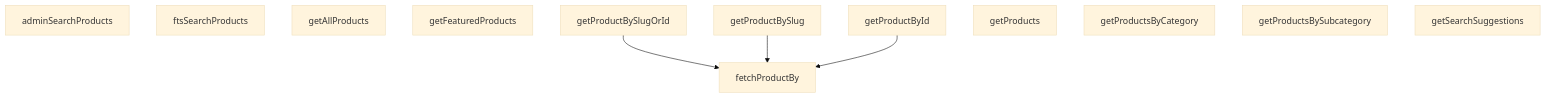
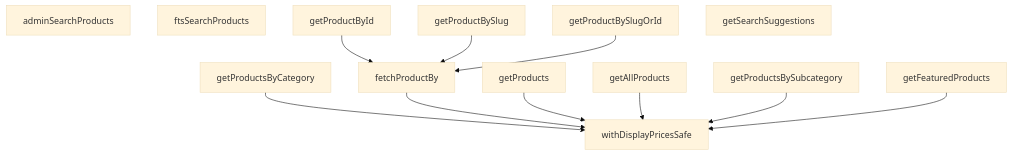
The diagram in src/lib/services/product.service.md (peckop/venthub-hvac-esite), drawn with Mermaid (base theme) before and after one commit. The commit also changed other lines of this file and 189 other files, not shown here.

````diff
--- a/src/lib/services/product.service.md
+++ b/src/lib/services/product.service.md
@@ -285,18 +228,25 @@
 ```mermaid
 graph TD
     product_service_ts__adminSearchProducts["adminSearchProducts"]
     product_service_ts__fetchProductBy["fetchProductBy"]
     product_service_ts__ftsSearchProducts["ftsSearchProducts"]
     product_service_ts__getAllProducts["getAllProducts"]
     product_service_ts__getFeaturedProducts["getFeaturedProducts"]
     product_service_ts__getProductById["getProductById"]
     product_service_ts__getProductBySlug["getProductBySlug"]
     product_service_ts__getProductBySlugOrId["getProductBySlugOrId"]
     product_service_ts__getProducts["getProducts"]
     product_service_ts__getProductsByCategory["getProductsByCategory"]
     product_service_ts__getProductsBySubcategory["getProductsBySubcategory"]
     product_service_ts__getSearchSuggestions["getSearchSuggestions"]
+    product_service_ts__withDisplayPricesSafe["withDisplayPricesSafe"]
+    product_service_ts__getProductById --> product_service_ts__fetchProductBy
+    product_service_ts__getProductsByCategory --> product_service_ts__withDisplayPricesSafe
+    product_service_ts__getProductBySlug --> product_service_ts__fetchProductBy
+    product_service_ts__fetchProductBy --> product_service_ts__withDisplayPricesSafe
+    product_service_ts__getProducts --> product_service_ts__withDisplayPricesSafe
     product_service_ts__getProductBySlugOrId --> product_service_ts__fetchProductBy
-    product_service_ts__getProductBySlug --> product_service_ts__fetchProductBy
-    product_service_ts__getProductById --> product_service_ts__fetchProductBy
+    product_service_ts__getAllProducts --> product_service_ts__withDisplayPricesSafe
+    product_service_ts__getProductsBySubcategory --> product_service_ts__withDisplayPricesSafe
+    product_service_ts__getFeaturedProducts --> product_service_ts__withDisplayPricesSafe
 ```
````
